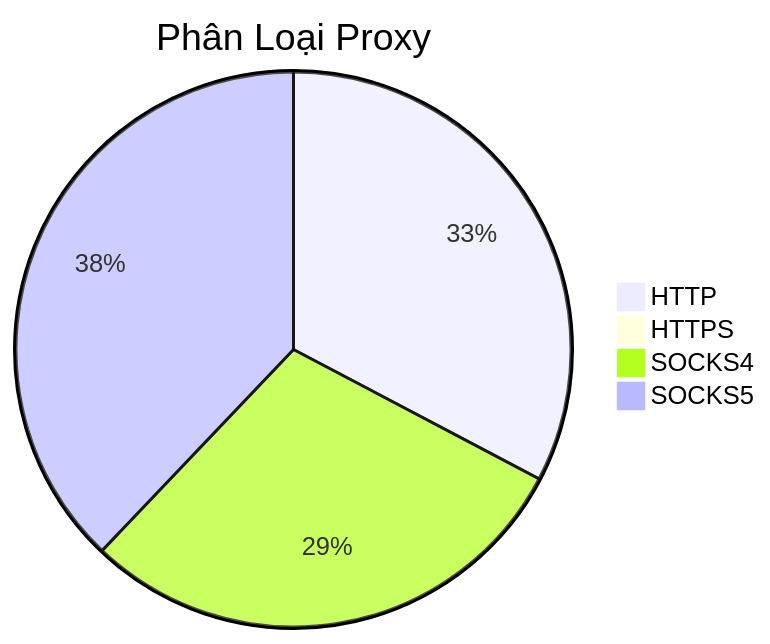
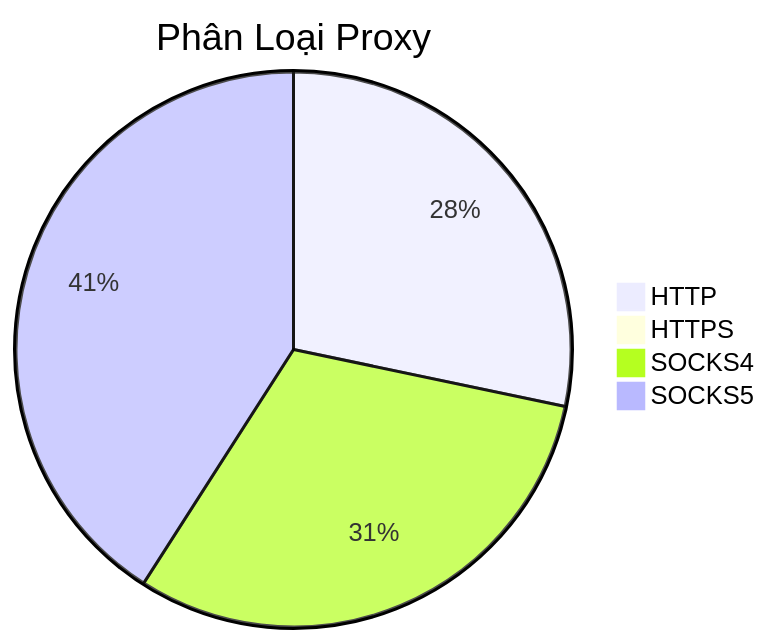
One commit to Ciara-12/PROXY-free changed the diagram in README.md. Above: the diagram before and after it, drawn with Mermaid. The commit also changed other lines of this file and 4 other files, not shown here.

````diff
--- a/README.md
+++ b/README.md
@@ -26,7 +26,7 @@
 ```mermaid
 pie title Phân Loại Proxy
-    "HTTP" : 531
-    "HTTPS" : 1
-    "SOCKS4" : 477
-    "SOCKS5" : 615
+    "HTTP" : 477
+    "HTTPS" : 0
+    "SOCKS4" : 519
+    "SOCKS5" : 690
 ```
````
